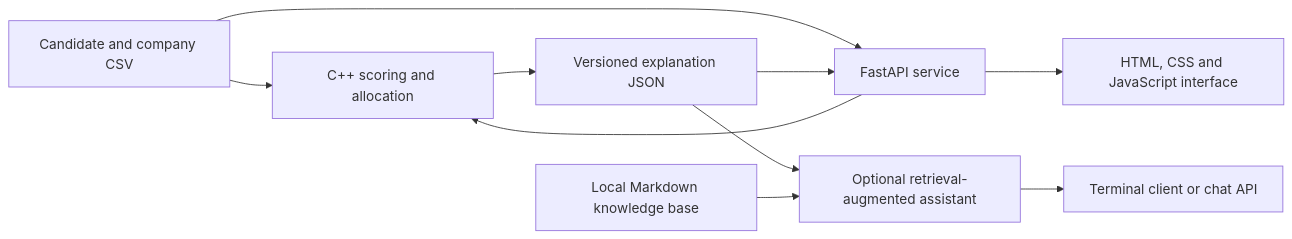
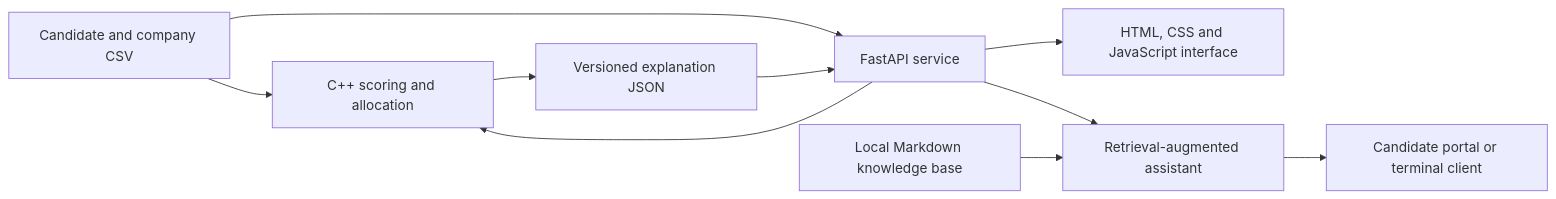
One commit to developmentwithparth1311/FairSeat changed the diagram in README.md. Above: the diagram before and after it, drawn with Mermaid. The commit also changed other lines of this file and 4 other files, not shown here.

Commit message:
Update documentation, privacy architecture, and setup guides for auth

````diff
--- a/README.md
+++ b/README.md
@@ -23,12 +25,12 @@
 ```mermaid
 flowchart LR
   CSV[Candidate and company CSV] --> CORE[C++ scoring and allocation]
   CORE --> JSON[Versioned explanation JSON]
   CSV --> API[FastAPI service]
   API --> CORE
   JSON --> API
   API --> WEB[HTML, CSS and JavaScript interface]
-  JSON --> RAG[Optional retrieval-augmented assistant]
+  API --> RAG[Retrieval-augmented assistant]
   KB[Local Markdown knowledge base] --> RAG
-  RAG --> CHAT[Terminal client or chat API]
+  RAG --> CHAT[Candidate portal or terminal client]
 ```
````
